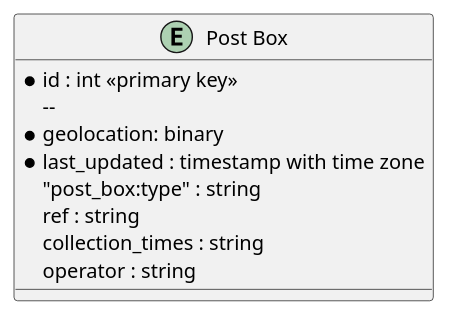
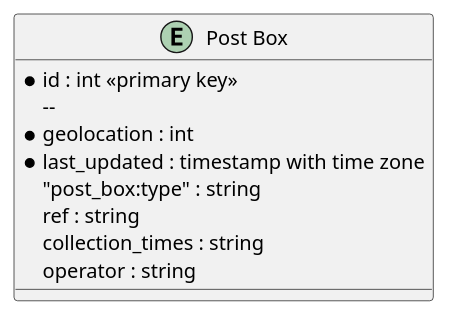
One commit to SK53/plantuml_test changed the diagram in assets/postbox0.iuml. Above: the diagram before and after it, drawn with PlantUML.

```diff
--- a/assets/postbox0.iuml
+++ b/assets/postbox0.iuml
@@ -1,16 +1,16 @@
 @startuml
 
 
 entity "Post Box" as amenity=post_box {
 
   *id : int <<primary key>>
   --
-  * geolocation: binary
+  *geolocation : int
   *last_updated : timestamp with time zone
   "post_box:type" : string
   ref : string
   collection_times : string
   operator : string
 }
 
 @enduml
```
